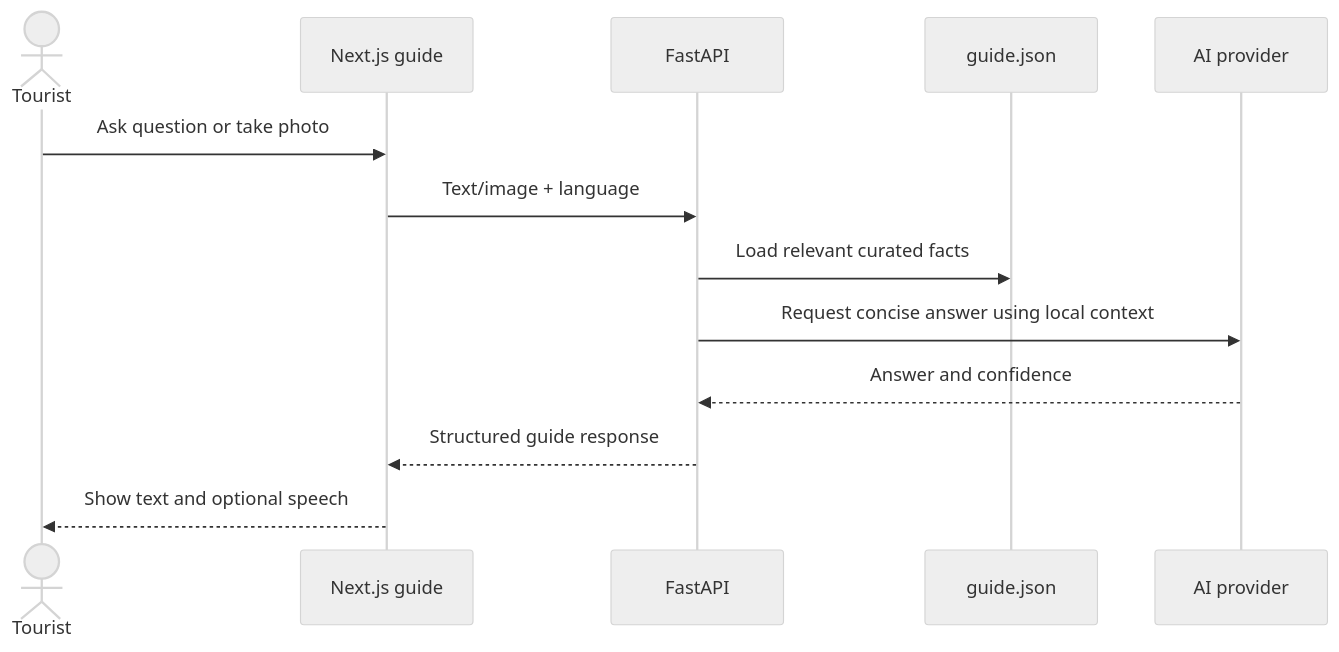
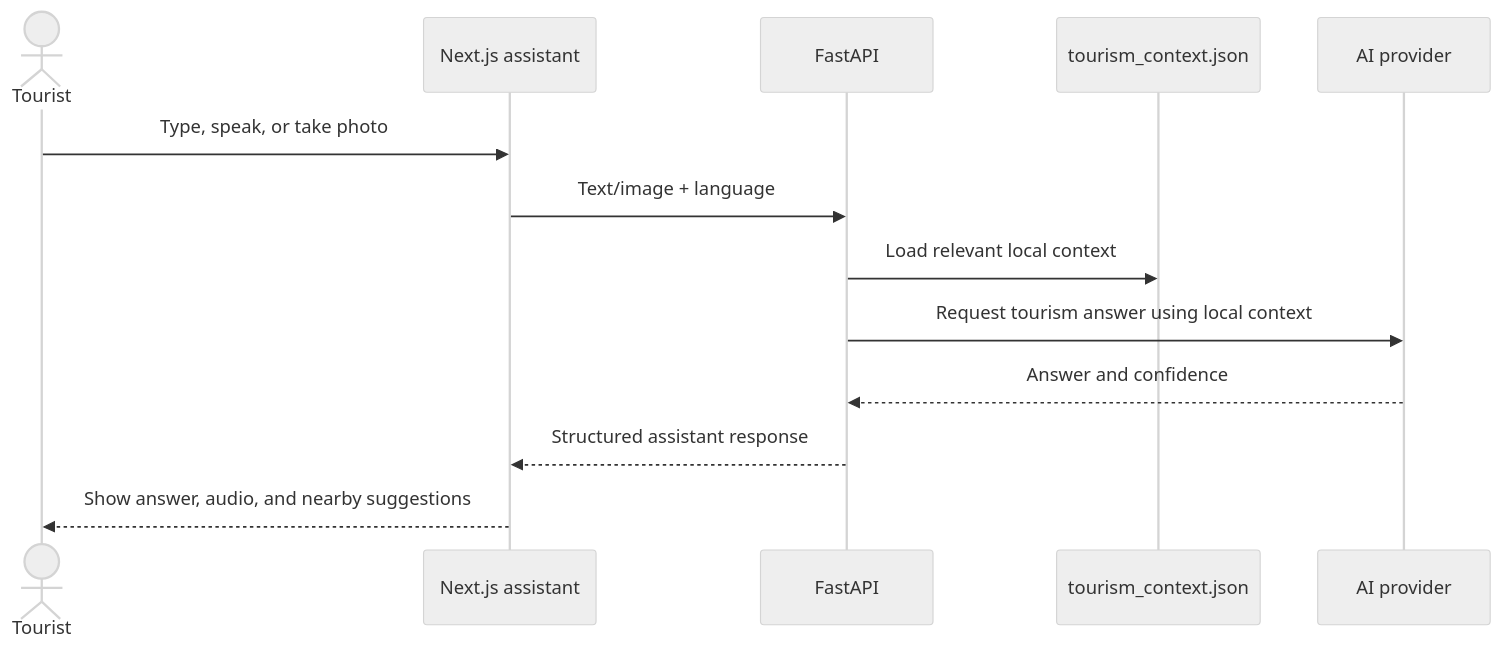
Before and after one commit to Saroj00007/yatra_ai: the second of 3 diagrams in docs/architecture.md, drawn with Mermaid (neutral theme). The commit also changed other lines of this file and 1 other file, not shown here.

````diff
--- a/docs/architecture.md
+++ b/docs/architecture.md
@@ -146,16 +91,16 @@
 ```mermaid
 sequenceDiagram
     actor Tourist
-    participant Web as Next.js guide
+    participant Web as Next.js assistant
     participant API as FastAPI
-    participant Data as guide.json
+    participant Data as tourism_context.json
     participant AI as AI provider
 
-    Tourist->>Web: Ask question or take photo
+    Tourist->>Web: Type, speak, or take photo
     Web->>API: Text/image + language
-    API->>Data: Load relevant curated facts
-    API->>AI: Request concise answer using local context
+    API->>Data: Load relevant local context
+    API->>AI: Request tourism answer using local context
     AI-->>API: Answer and confidence
-    API-->>Web: Structured guide response
-    Web-->>Tourist: Show text and optional speech
+    API-->>Web: Structured assistant response
+    Web-->>Tourist: Show answer, audio, and nearby suggestions
 ```
````
